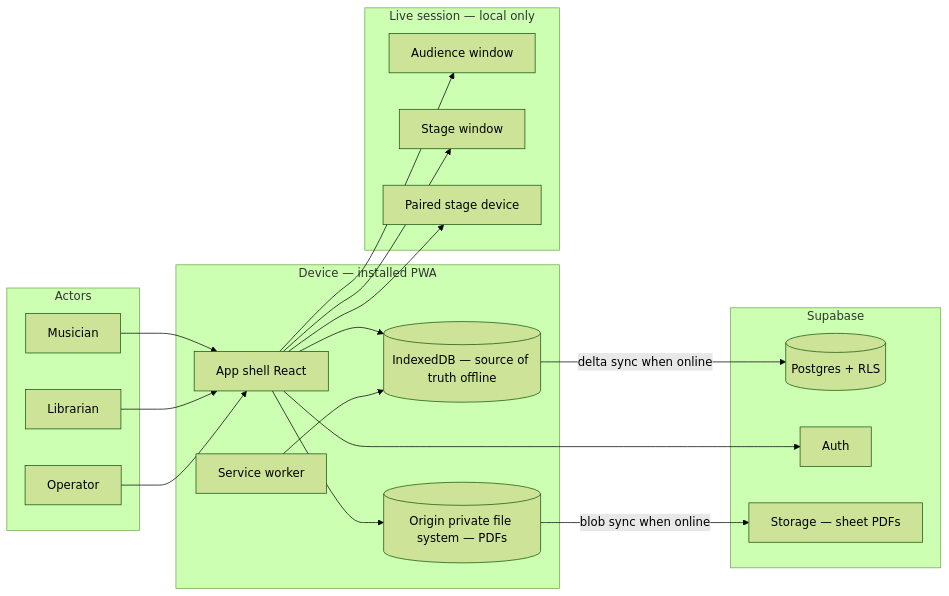
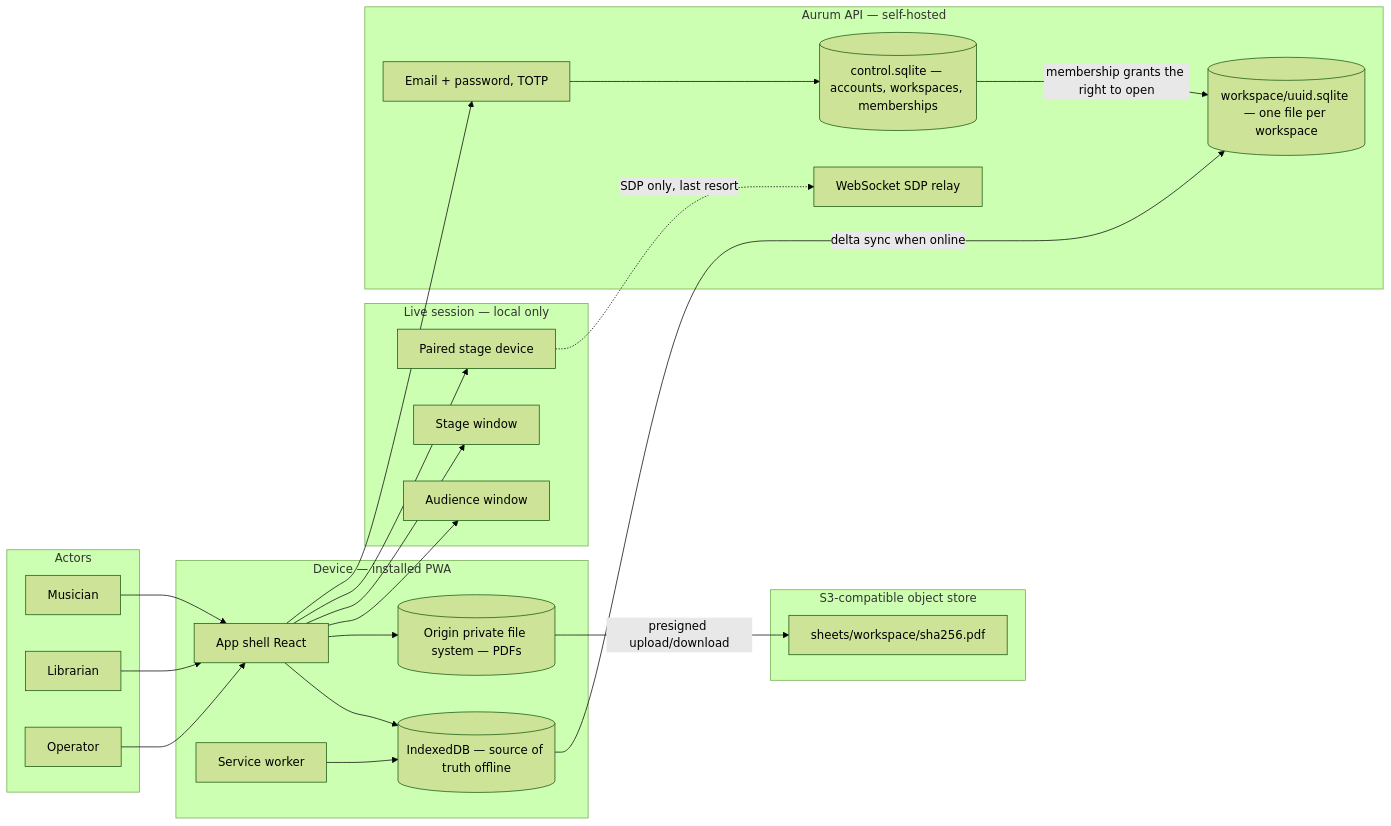
One commit to Aurum-Presenter/aurum-presenter changed the first of 2 diagrams in docs/SDD/overview.md. Above: the diagram before and after it, drawn with Mermaid (forest theme). The commit also changed other lines of this file and 137 other files, not shown here.

First line of the commit message:
feat: self-hosted SQLite backend, PWA client and Docker stack

````diff
--- a/docs/SDD/overview.md
+++ b/docs/SDD/overview.md
@@ -35,37 +36,44 @@
 ```mermaid
 flowchart LR
     subgraph Actors
         M[Musician]
         L[Librarian]
         O[Operator]
     end
     subgraph Device["Device — installed PWA"]
         UI[App shell React]
         SW[Service worker]
         IDB[(IndexedDB — source of truth offline)]
         OPFS[(Origin private file system — PDFs)]
     end
     subgraph Live["Live session — local only"]
         AUD[Audience window]
         STG[Stage window]
         PAIR[Paired stage device]
     end
-    subgraph Cloud["Supabase"]
-        API[(Postgres + RLS)]
-        AUTH[Auth]
-        BLOB[Storage — sheet PDFs]
+    subgraph Server["Aurum API — self-hosted"]
+        CTRL[(control.sqlite — accounts, workspaces, memberships)]
+        WSDB[(workspace/uuid.sqlite — one file per workspace)]
+        AUTH[Email + password, TOTP]
+        SIG[WebSocket SDP relay]
+    end
+    subgraph Blobs["S3-compatible object store"]
+        BLOB[sheets/workspace/sha256.pdf]
     end
 
     M --> UI
     L --> UI
     O --> UI
     UI --> IDB
     UI --> OPFS
     SW --> IDB
     UI --> AUD
     UI --> STG
     UI --> PAIR
-    IDB -->|"delta sync when online"| API
-    OPFS -->|"blob sync when online"| BLOB
+    IDB -->|"delta sync when online"| WSDB
+    OPFS -->|"presigned upload/download"| BLOB
     UI --> AUTH
+    AUTH --> CTRL
+    CTRL -->|"membership grants the right to open"| WSDB
+    PAIR -.->|"SDP only, last resort"| SIG
 ```
````
